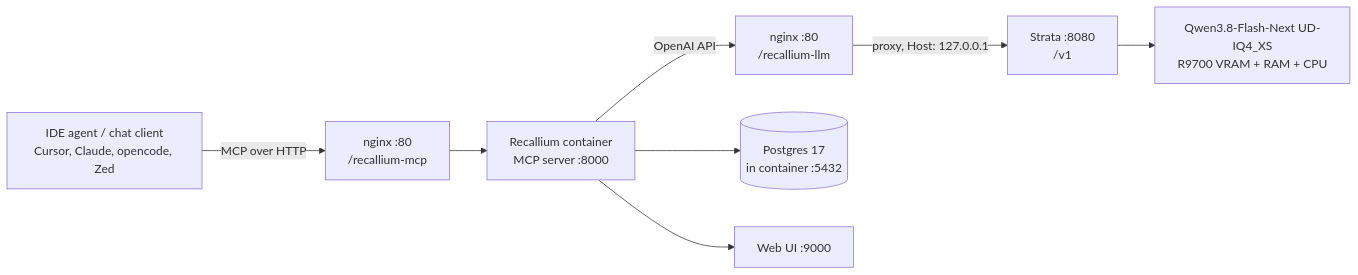
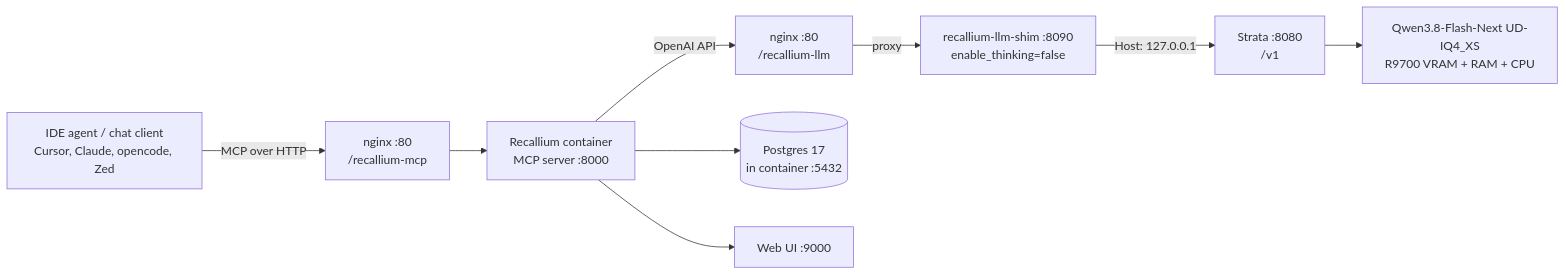
The diagram in docs/recallium.md (cjdell/nixos-config), drawn with Mermaid before and after one commit. The commit also changed other lines of this file and 3 other files, not shown here.

First line of the commit message:
recallium: force enable_thinking=false on its LLM calls via a loopback shim

````diff
--- a/docs/recallium.md
+++ b/docs/recallium.md
@@ -18,10 +18,11 @@
 ```mermaid
 flowchart LR
     Agent[IDE agent / chat client<br/>Cursor, Claude, opencode, Zed] -->|MCP over HTTP| Nginx[nginx :80<br/>/recallium-mcp]
     Nginx --> MCP[Recallium container<br/>MCP server :8000]
     MCP -->|OpenAI API| Nginx2[nginx :80<br/>/recallium-llm]
-    Nginx2 -->|proxy, Host: 127.0.0.1| Strata[Strata :8080<br/>/v1]
+    Nginx2 -->|proxy| Shim[recallium-llm-shim :8090<br/>enable_thinking=false]
+    Shim -->|Host: 127.0.0.1| Strata[Strata :8080<br/>/v1]
     Strata --> Engine[Qwen3.8-Flash-Next UD-IQ4_XS<br/>R9700 VRAM + RAM + CPU]
     MCP --> PG[(Postgres 17<br/>in container :5432)]
     MCP --> UI[Web UI :9000]
 ```
````
